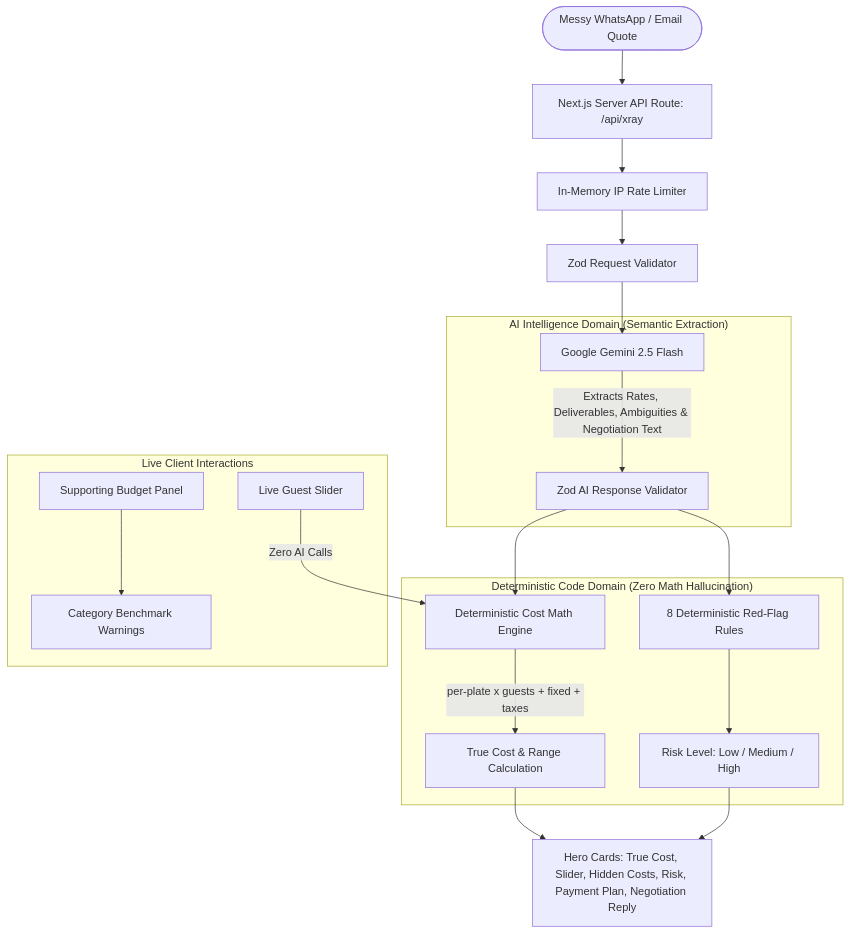
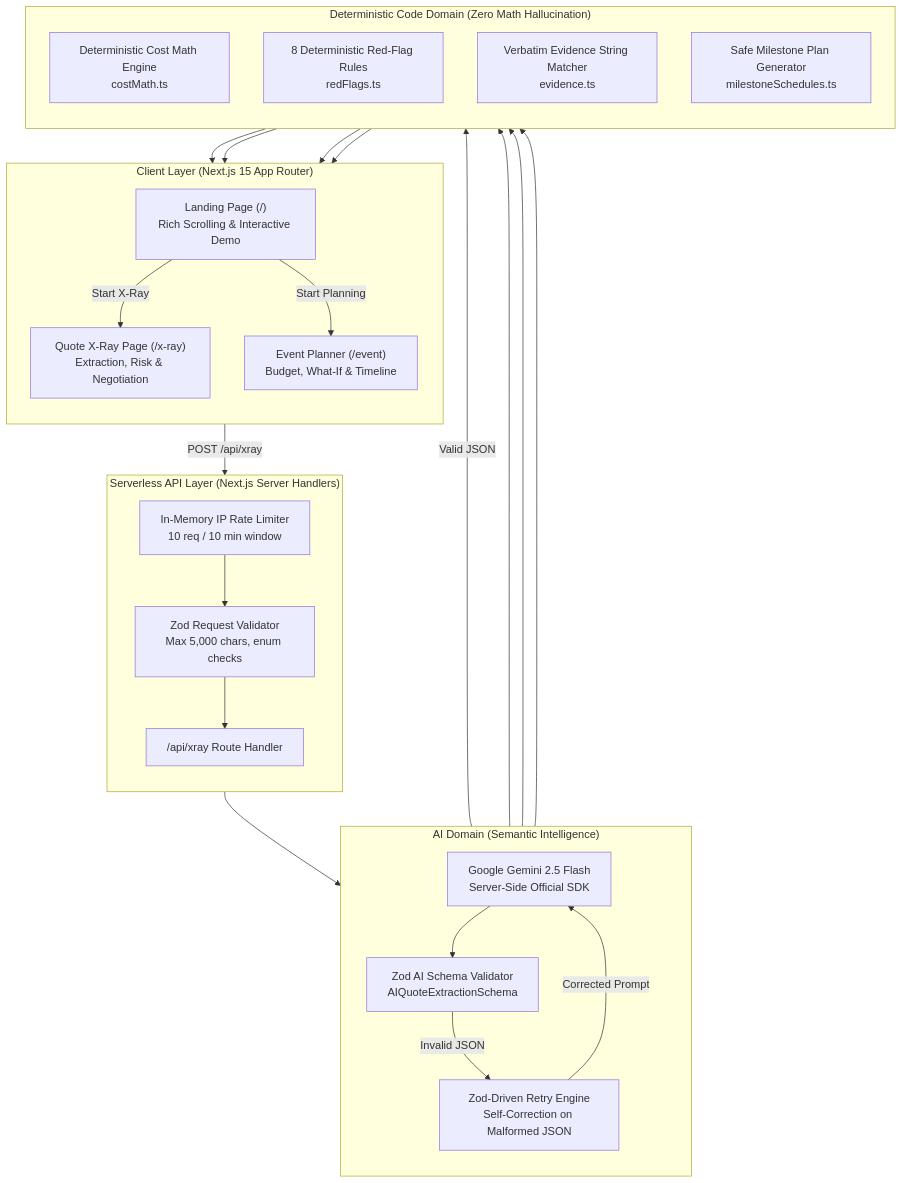
One commit to lazykaizer/event_planner changed the diagram in README.md. Above: the diagram before and after it, drawn with Mermaid. The commit also changed other lines of this file and 48 other files, not shown here.

Commit message:
feat: complete Shaadi Guardian & Quote X-Ray with rich landing, modular routing, evaluation map, and test suite

````diff
--- a/README.md
+++ b/README.md
@@ -24,27 +57,50 @@
 ```mermaid
 flowchart TD
-    User([Messy WhatsApp / Email Quote]) --> API[Next.js Server API Route: /api/xray]
-    API --> RateLimit[In-Memory IP Rate Limiter]
-    RateLimit --> ZodIn[Zod Request Validator]
-    ZodIn --> Gemini[Google Gemini 2.5 Flash]
-    
-    subgraph "AI Intelligence Domain (Semantic Extraction)"
-        Gemini -->|Extracts Rates, Deliverables, Ambiguities & Negotiation Text| ZodAI[Zod AI Response Validator]
+    subgraph Client ["Client Layer (Next.js 15 App Router)"]
+        direction TB
+        Landing["Landing Page (/)<br/>Rich Scrolling & Interactive Demo"]
+        XRayView["Quote X-Ray Page (/x-ray)<br/>Extraction, Risk & Negotiation"]
+        PlannerView["Event Planner (/event)<br/>Budget, What-If & Timeline"]
     end
-    
-    subgraph "Deterministic Code Domain (Zero Math Hallucination)"
-        ZodAI --> CostMath[Deterministic Cost Math Engine]
-        CostMath -->|per-plate x guests + fixed + taxes| TrueCost[True Cost & Range Calculation]
-        
-        ZodAI --> RuleEngine[8 Deterministic Red-Flag Rules]
-        RuleEngine --> OverallRisk[Risk Level: Low / Medium / High]
+
+    subgraph API ["Serverless API Layer (Next.js Server Handlers)"]
+        direction TB
+        RateLimiter["In-Memory IP Rate Limiter<br/>10 req / 10 min window"]
+        ZodIn["Zod Request Validator<br/>Max 5,000 chars, enum checks"]
+        XRayRoute["/api/xray Route Handler"]
     end
-    
-    TrueCost --> UI[Hero Cards: True Cost, Slider, Hidden Costs, Risk, Payment Plan, Negotiation Reply]
-    OverallRisk --> UI
-    
-    subgraph "Live Client Interactions"
-        Slider[Live Guest Slider] -->|Zero AI Calls| CostMath
-        BudgetPanel[Supporting Budget Panel] --> SensibilityCheck[Category Benchmark Warnings]
+
+    subgraph AI ["AI Domain (Semantic Intelligence)"]
+        direction TB
+        Gemini["Google Gemini 2.5 Flash<br/>Server-Side Official SDK"]
+        ZodAI["Zod AI Schema Validator<br/>AIQuoteExtractionSchema"]
+        RetryEngine["Zod-Driven Retry Engine<br/>Self-Correction on Malformed JSON"]
     end
+
+    subgraph Core ["Deterministic Code Domain (Zero Math Hallucination)"]
+        direction TB
+        CostMath["Deterministic Cost Math Engine<br/>costMath.ts"]
+        RedFlags["8 Deterministic Red-Flag Rules<br/>redFlags.ts"]
+        EvidenceVerifier["Verbatim Evidence String Matcher<br/>evidence.ts"]
+        PaymentScheduler["Safe Milestone Plan Generator<br/>milestoneSchedules.ts"]
+    end
+
+    Landing -- "Start X-Ray" --> XRayView
+    Landing -- "Start Planning" --> PlannerView
+    XRayView -- "POST /api/xray" --> RateLimiter
+    RateLimiter --> ZodIn
+    ZodIn --> XRayRoute
+    XRayRoute --> Gemini
+    Gemini --> ZodAI
+    ZodAI -- "Invalid JSON" --> RetryEngine
+    RetryEngine -- "Corrected Prompt" --> Gemini
+    ZodAI -- "Valid JSON" --> CostMath
+    ZodAI --> RedFlags
+    ZodAI --> EvidenceVerifier
+    ZodAI --> PaymentScheduler
+
+    CostMath --> XRayView
+    RedFlags --> XRayView
+    EvidenceVerifier --> XRayView
+    PaymentScheduler --> XRayView
 ```
````
